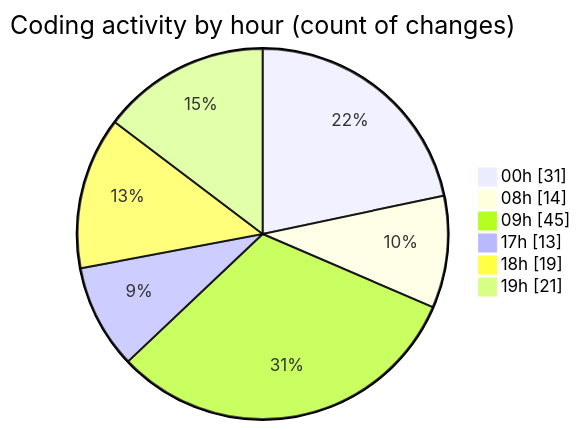
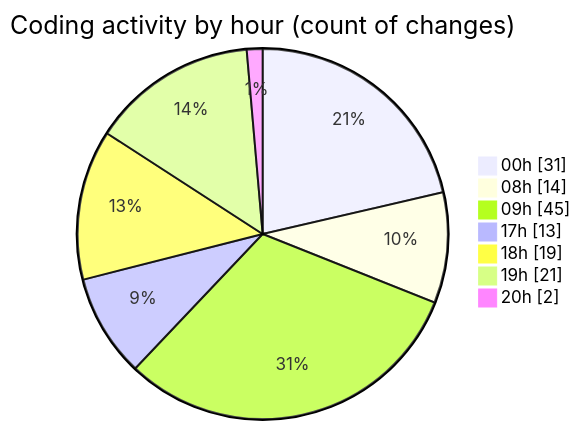
One commit to lephambinh05/code-tracking changed the second of 2 diagrams in 2025-08-03/studybuddy/README.md. Above: the diagram before and after it, drawn with Mermaid. The commit also changed other lines of this file and 1 other file, not shown here.

````diff
--- a/2025-08-03/studybuddy/README.md
+++ b/2025-08-03/studybuddy/README.md
@@ -74,10 +75,11 @@
 ```mermaid
 pie showData
 title Coding activity by hour (count of changes)
 "00h" : 31
 "08h" : 14
 "09h" : 45
 "17h" : 13
 "18h" : 19
 "19h" : 21
+"20h" : 2
 ```
````
